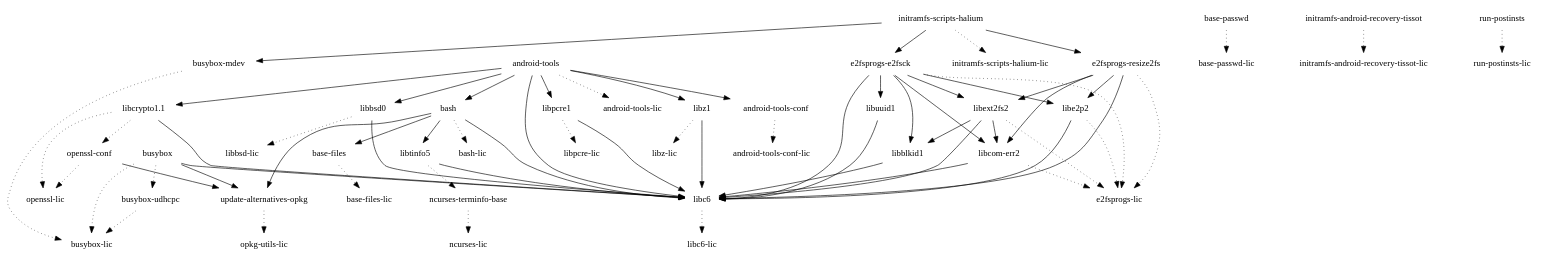
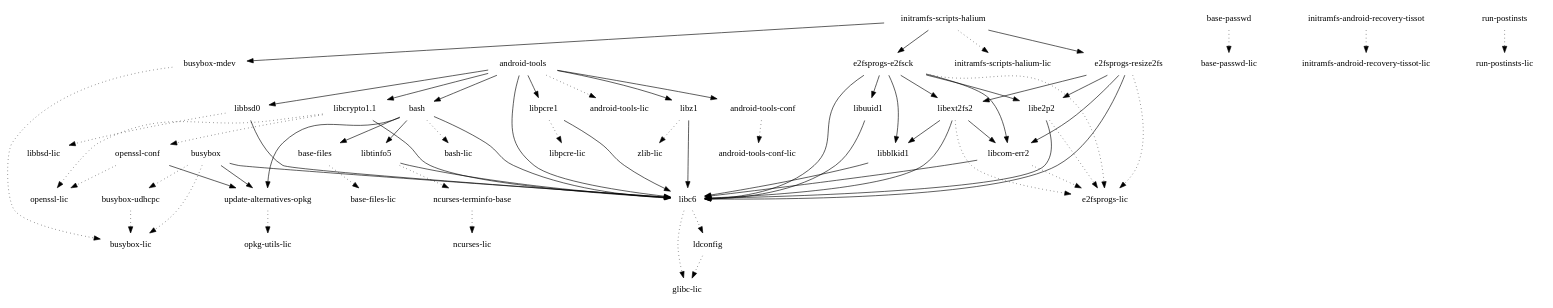
The diagram in images/tissot/glibc/initramfs-android-image/depends-nokernel.dot (webOS-ports/buildhistory), drawn with Graphviz before and after one commit. The commit also changed 481 other files, not shown here.

```diff
--- a/images/tissot/glibc/initramfs-android-image/depends-nokernel.dot
+++ b/images/tissot/glibc/initramfs-android-image/depends-nokernel.dot
@@ -1,69 +1,71 @@
 digraph depends {
     node [shape=plaintext]
 "android-tools" -> "android-tools-conf"
 "android-tools" -> "android-tools-lic" [style=dotted]
 "android-tools" -> "bash"
 "android-tools-conf" -> "android-tools-conf-lic" [style=dotted]
 "android-tools" -> "libbsd0"
 "android-tools" -> "libc6"
 "android-tools" -> "libcrypto1.1"
 "android-tools" -> "libpcre1"
 "android-tools" -> "libz1"
 "base-files" -> "base-files-lic" [style=dotted]
 "base-passwd" -> "base-passwd-lic" [style=dotted]
 "bash" -> "base-files"
 "bash" -> "bash-lic" [style=dotted]
 "bash" -> "libc6"
 "bash" -> "libtinfo5"
 "bash" -> "update-alternatives-opkg"
 "busybox" -> "busybox-lic" [style=dotted]
 "busybox" -> "busybox-udhcpc" [style=dotted]
 "busybox" -> "libc6"
 "busybox-mdev" -> "busybox-lic" [style=dotted]
 "busybox-udhcpc" -> "busybox-lic" [style=dotted]
 "busybox" -> "update-alternatives-opkg"
 "e2fsprogs-e2fsck" -> "e2fsprogs-lic" [style=dotted]
 "e2fsprogs-e2fsck" -> "libblkid1"
 "e2fsprogs-e2fsck" -> "libc6"
 "e2fsprogs-e2fsck" -> "libcom-err2"
 "e2fsprogs-e2fsck" -> "libe2p2"
 "e2fsprogs-e2fsck" -> "libext2fs2"
 "e2fsprogs-e2fsck" -> "libuuid1"
 "e2fsprogs-resize2fs" -> "e2fsprogs-lic" [style=dotted]
 "e2fsprogs-resize2fs" -> "libc6"
 "e2fsprogs-resize2fs" -> "libcom-err2"
 "e2fsprogs-resize2fs" -> "libe2p2"
 "e2fsprogs-resize2fs" -> "libext2fs2"
 "initramfs-android-recovery-tissot" -> "initramfs-android-recovery-tissot-lic" [style=dotted]
 "initramfs-scripts-halium" -> "busybox-mdev"
 "initramfs-scripts-halium" -> "e2fsprogs-e2fsck"
 "initramfs-scripts-halium" -> "e2fsprogs-resize2fs"
 "initramfs-scripts-halium" -> "initramfs-scripts-halium-lic" [style=dotted]
+"ldconfig" -> "glibc-lic" [style=dotted]
 "libblkid1" -> "libc6"
 "libbsd0" -> "libbsd-lic" [style=dotted]
 "libbsd0" -> "libc6"
-"libc6" -> "libc6-lic" [style=dotted]
+"libc6" -> "glibc-lic" [style=dotted]
+"libc6" -> "ldconfig" [style=dotted]
 "libcom-err2" -> "e2fsprogs-lic" [style=dotted]
 "libcom-err2" -> "libc6"
 "libcrypto1.1" -> "libc6"
 "libcrypto1.1" -> "openssl-conf" [style=dotted]
 "libcrypto1.1" -> "openssl-lic" [style=dotted]
 "libe2p2" -> "e2fsprogs-lic" [style=dotted]
 "libe2p2" -> "libc6"
 "libext2fs2" -> "e2fsprogs-lic" [style=dotted]
 "libext2fs2" -> "libblkid1"
 "libext2fs2" -> "libc6"
 "libext2fs2" -> "libcom-err2"
 "libpcre1" -> "libc6"
 "libpcre1" -> "libpcre-lic" [style=dotted]
 "libtinfo5" -> "libc6"
 "libtinfo5" -> "ncurses-terminfo-base" [style=dotted]
 "libuuid1" -> "libc6"
 "libz1" -> "libc6"
-"libz1" -> "libz-lic" [style=dotted]
+"libz1" -> "zlib-lic" [style=dotted]
 "ncurses-terminfo-base" -> "ncurses-lic" [style=dotted]
 "openssl-conf" -> "openssl-lic" [style=dotted]
 "openssl-conf" -> "update-alternatives-opkg"
 "run-postinsts" -> "run-postinsts-lic" [style=dotted]
 "update-alternatives-opkg" -> "opkg-utils-lic" [style=dotted]
 }
```
